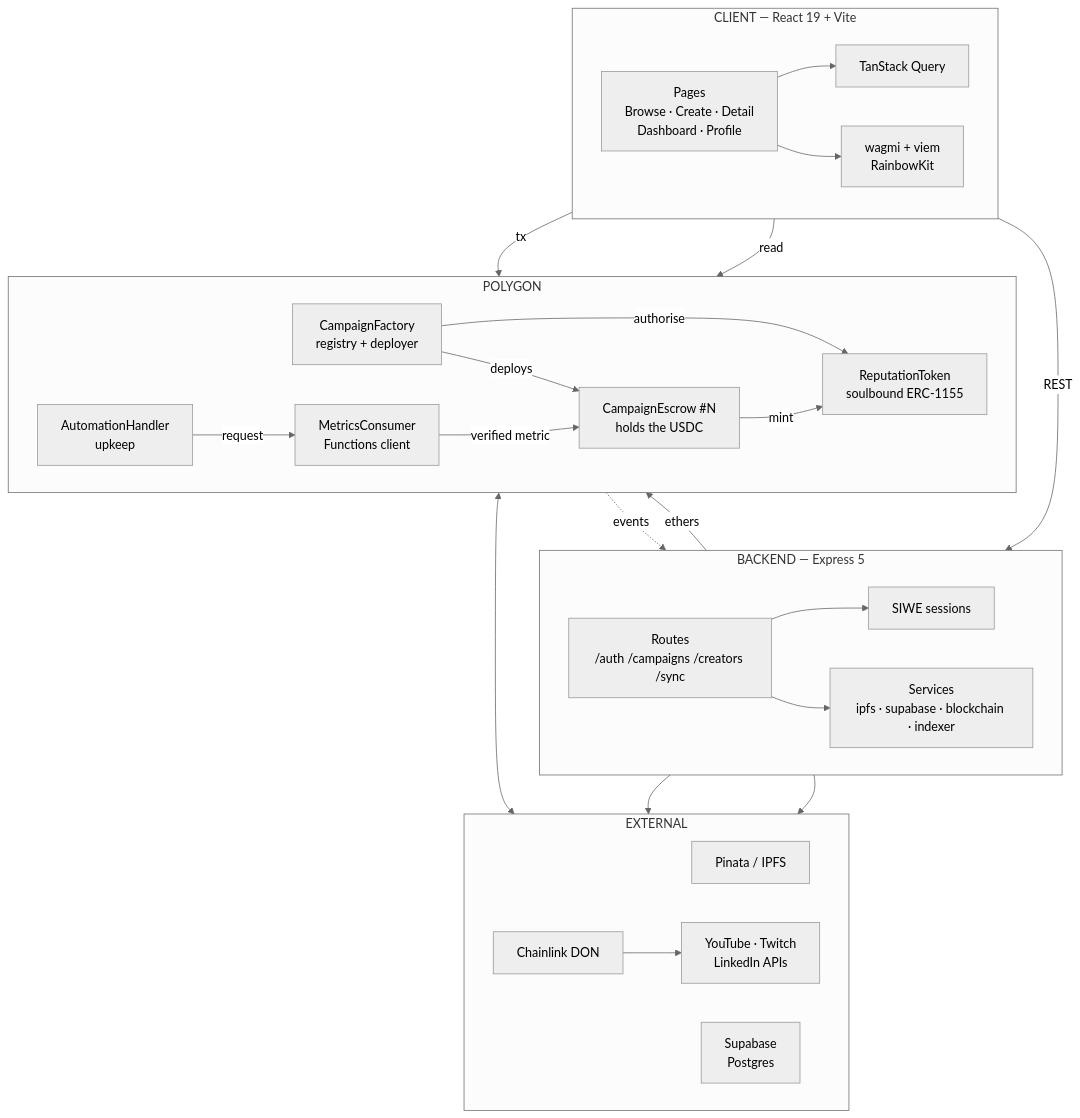
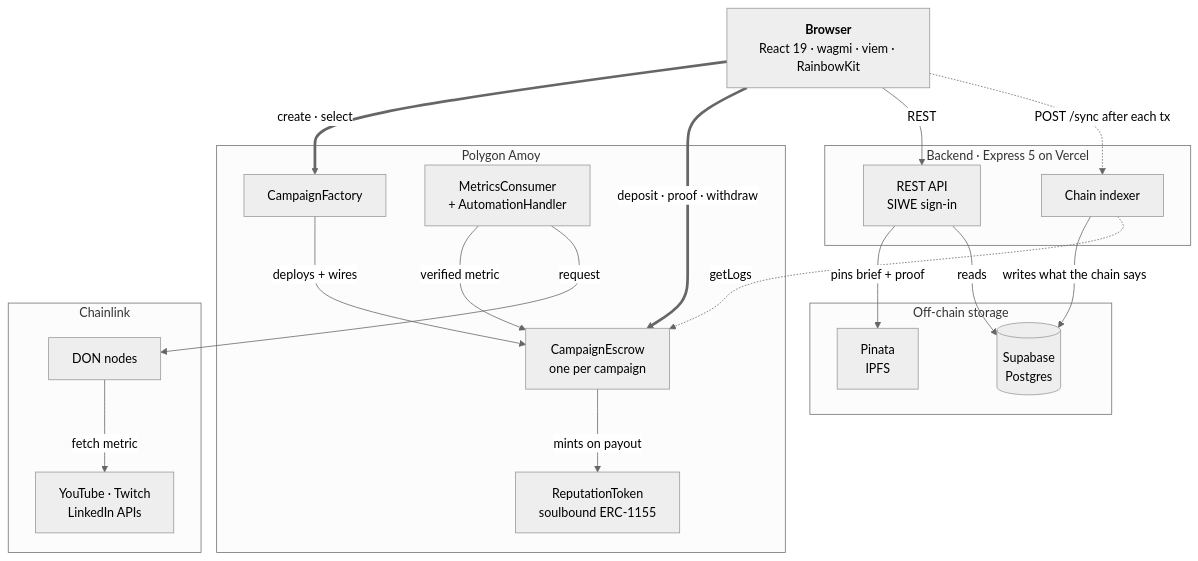
Before and after one commit to gokulakrishnanjawahar/Influencity_v1: the second of 2 diagrams in README.md, drawn with Mermaid (neutral theme). The commit also changed other lines of this file and 3 other files, not shown here.

First line of the commit message:
Rewrite README for the current architecture and fix Hardhat 3 verify config

````diff
--- a/README.md
+++ b/README.md
@@ -91,52 +77,40 @@
 ```mermaid
 flowchart TB
-    subgraph client["CLIENT — React 19 + Vite"]
-        direction LR
-        UI["Pages<br/>Browse · Create · Detail<br/>Dashboard · Profile"]
-        W["wagmi + viem<br/>RainbowKit"]
-        Q["TanStack Query"]
+    UI["<b>Browser</b><br/>React 19 · wagmi · viem · RainbowKit"]
+
+    subgraph api["Backend · Express 5 on Vercel"]
+        REST["REST API<br/>SIWE sign-in"]
+        IDX["Chain indexer"]
     end
 
-    subgraph server["BACKEND — Express 5"]
-        direction LR
-        API["Routes<br/>/auth /campaigns /creators /sync"]
-        AUTH["SIWE sessions"]
-        SVC["Services<br/>ipfs · supabase · blockchain · indexer"]
+    subgraph store["Off-chain storage"]
+        DB[("Supabase<br/>Postgres")]
+        IPFS["Pinata<br/>IPFS"]
     end
 
-    subgraph chain["POLYGON"]
-        direction LR
-        F["CampaignFactory<br/>registry + deployer"]
-        E["CampaignEscrow #N<br/>holds the USDC"]
-        R["ReputationToken<br/>soulbound ERC-1155"]
-        MC["MetricsConsumer<br/>Functions client"]
-        AH["AutomationHandler<br/>upkeep"]
+    subgraph chain["Polygon Amoy"]
+        F["CampaignFactory"]
+        E["CampaignEscrow<br/>one per campaign"]
+        RT["ReputationToken<br/>soulbound ERC-1155"]
+        O["MetricsConsumer<br/>+ AutomationHandler"]
     end
 
-    subgraph ext["EXTERNAL"]
-        direction LR
-        PIN["Pinata / IPFS"]
-        SUP["Supabase<br/>Postgres"]
-        CL["Chainlink DON"]
-        PLAT["YouTube · Twitch<br/>LinkedIn APIs"]
+    subgraph cl["Chainlink"]
+        DON["DON nodes"]
+        P["YouTube · Twitch<br/>LinkedIn APIs"]
     end
 
-    UI --> Q
-    UI --> W
-    Q -->|"REST"| API
-    W -->|"tx"| F
-    W -->|"read"| E
-    API --> AUTH
-    API --> SVC
-    SVC --> PIN
-    SVC --> SUP
-    SVC -->|"ethers"| E
-    F -->|"deploys"| E
-    F -->|"authorise"| R
-    E -->|"mint"| R
-    AH -->|"request"| MC
-    MC <--> CL
-    CL --> PLAT
-    MC -->|"verified metric"| E
-    E -.->|"events"| API
+    UI == "create · select" ==> F
+    UI == "deposit · proof · withdraw" ==> E
+    UI -- "REST" --> REST
+    UI -. "POST /sync after each tx" .-> IDX
+    REST -- "pins brief + proof" --> IPFS
+    REST -- "reads" --> DB
+    IDX -- "writes what the chain says" --> DB
+    IDX -. "getLogs" .-> E
+    F -- "deploys + wires" --> E
+    E -- "mints on payout" --> RT
+    O -- "verified metric" --> E
+    O -- "request" --> DON
+    DON -- "fetch metric" --> P
 ```
````
